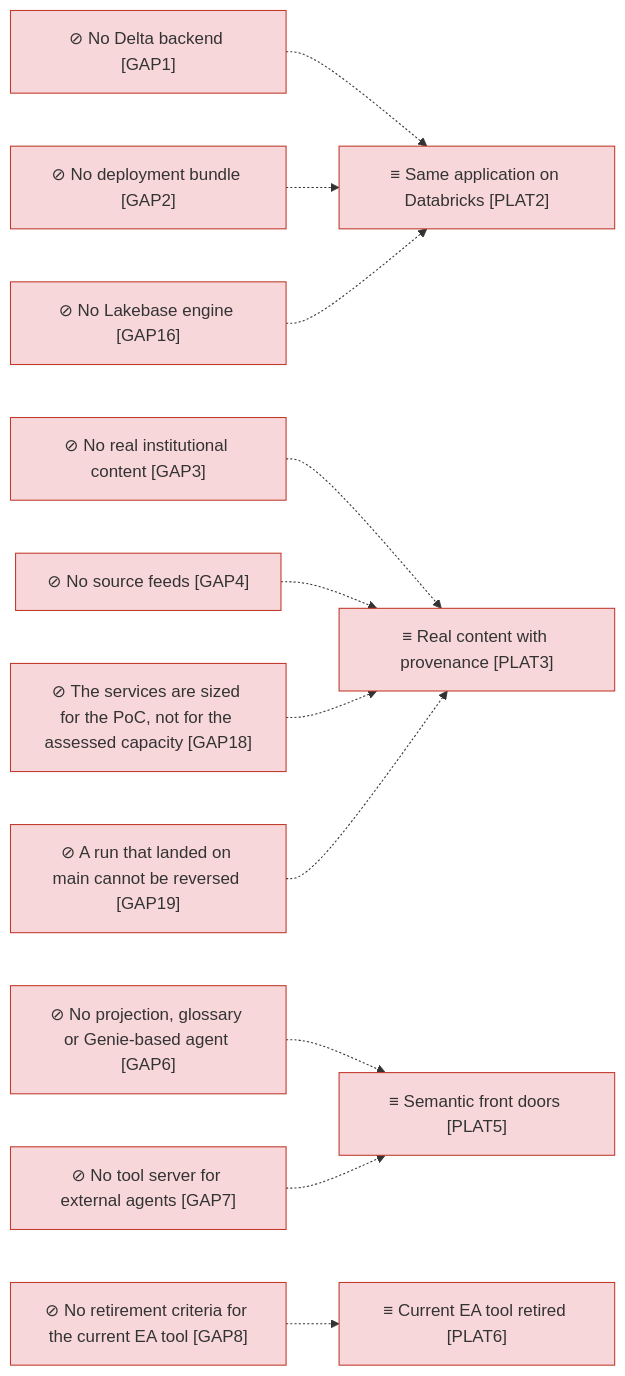
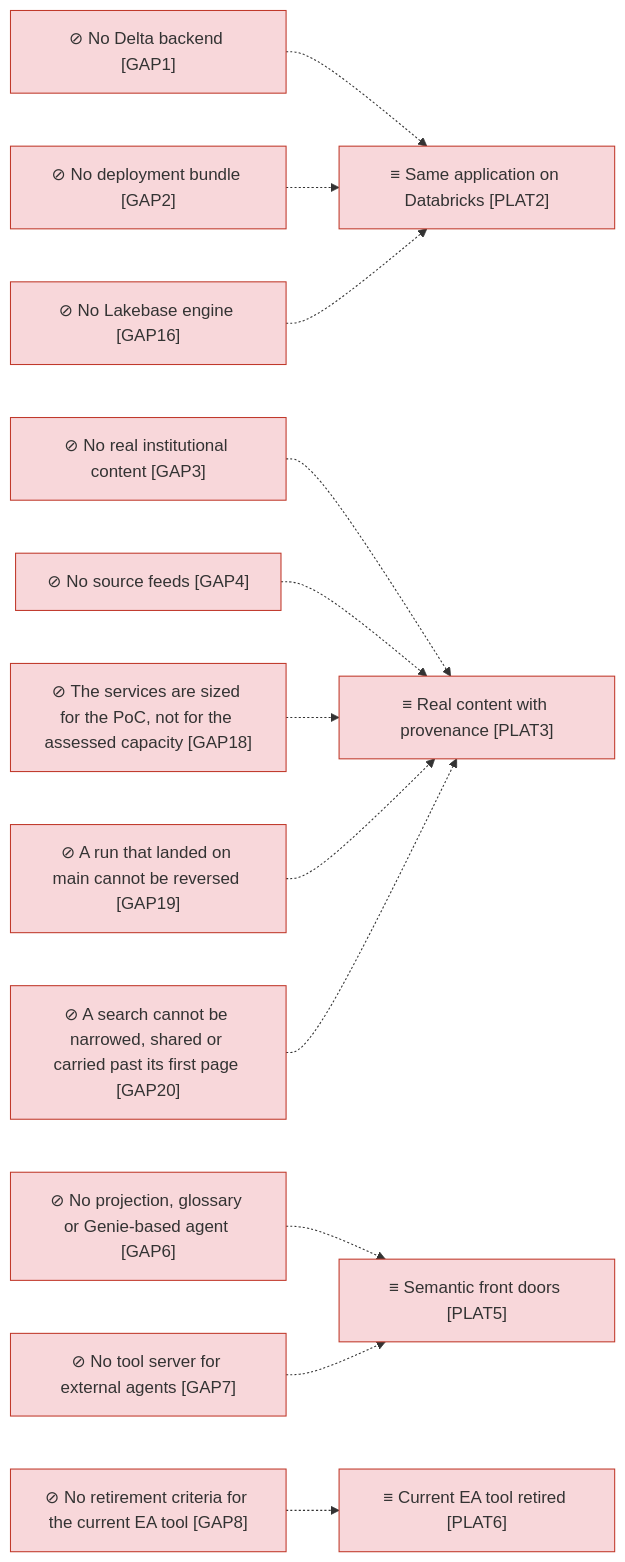
The third of 4 diagrams in architecture/6_transition/1_target-state.md (roanboc/dbx-enterprise-architecture), drawn with Mermaid before and after one commit. The commit also changed other lines of this file and 16 other files, not shown here.

````diff
--- a/architecture/6_transition/1_target-state.md
+++ b/architecture/6_transition/1_target-state.md
@@ -55,29 +55,31 @@
 ```mermaid
 flowchart LR
   p2["≡ Same application on Databricks [PLAT2]"]:::implementation
   p3["≡ Real content with provenance [PLAT3]"]:::implementation
   p5["≡ Semantic front doors [PLAT5]"]:::implementation
   p6["≡ Current EA tool retired [PLAT6]"]:::implementation
   g1["⊘ No Delta backend [GAP1]"]:::implementation
   g2["⊘ No deployment bundle [GAP2]"]:::implementation
   g16["⊘ No Lakebase engine [GAP16]"]:::implementation
   g3["⊘ No real institutional content [GAP3]"]:::implementation
   g4["⊘ No source feeds [GAP4]"]:::implementation
   g6["⊘ No projection, glossary or Genie-based agent [GAP6]"]:::implementation
   g7["⊘ No tool server for external agents [GAP7]"]:::implementation
   g8["⊘ No retirement criteria for the current EA tool [GAP8]"]:::implementation
   g18["⊘ The services are sized for the PoC, not for the assessed capacity [GAP18]"]:::implementation
   g19["⊘ A run that landed on main cannot be reversed [GAP19]"]:::implementation
+  g20["⊘ A search cannot be narrowed, shared or carried past its first page [GAP20]"]:::implementation
   g1 -.-> p2
   g2 -.-> p2
   g16 -.-> p2
   g3 -.-> p3
   g4 -.-> p3
   g6 -.-> p5
   g7 -.-> p5
   g8 -.-> p6
   g18 -.-> p3
   g19 -.-> p3
+  g20 -.-> p3
 
   classDef implementation fill:#f8d7da,stroke:#c0392b,color:#333
 ```
````
